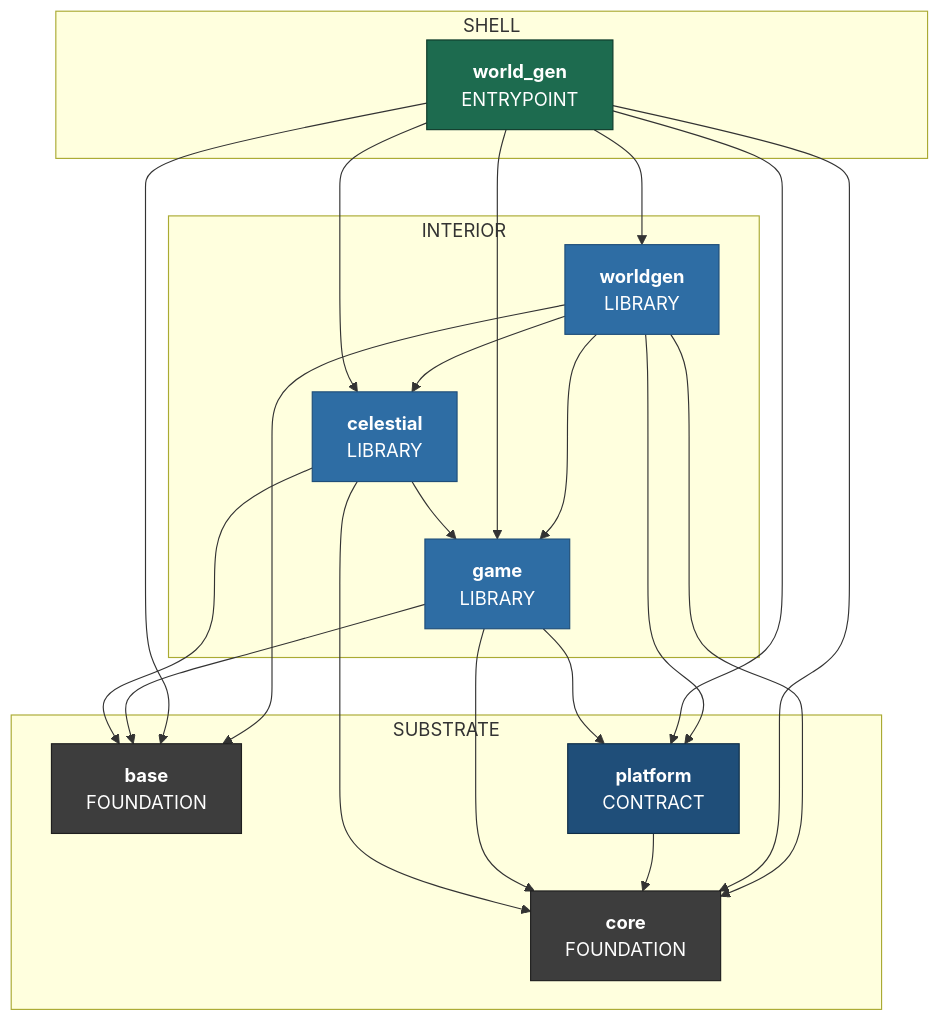
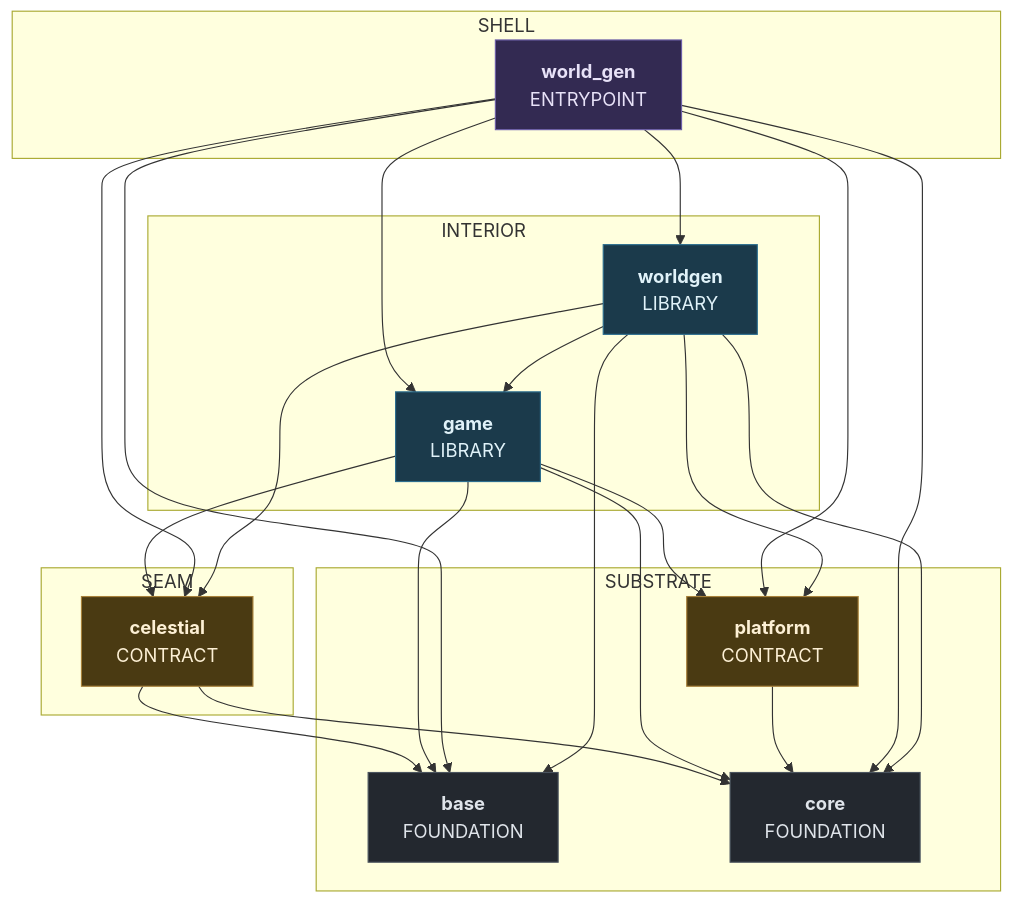
One commit to apnex/OpenStarbound changed the sixth of 9 diagrams in docs/superpowers/specs/2026-08-01-sovereign-headless-client-design.md. Above: the diagram before and after it, drawn with Mermaid. The commit also changed other lines of this file and 1 other file, not shown here.

````diff
--- a/docs/superpowers/specs/2026-08-01-sovereign-headless-client-design.md
+++ b/docs/superpowers/specs/2026-08-01-sovereign-headless-client-design.md
@@ -1516,44 +1574,46 @@
 ```mermaid
 %% composition: world_gen
 flowchart TD
   subgraph Z_SUBSTRATE ["SUBSTRATE"]
     base["<b>base</b><br/>FOUNDATION"]
     core["<b>core</b><br/>FOUNDATION"]
     platform["<b>platform</b><br/>CONTRACT"]
   end
+  subgraph Z_SEAM ["SEAM"]
+    celestial["<b>celestial</b><br/>CONTRACT"]
+  end
   subgraph Z_INTERIOR ["INTERIOR"]
-    celestial["<b>celestial</b><br/>LIBRARY"]
     game["<b>game</b><br/>LIBRARY"]
     worldgen["<b>worldgen</b><br/>LIBRARY"]
   end
   subgraph Z_SHELL ["SHELL"]
     world_gen["<b>world_gen</b><br/>ENTRYPOINT"]
   end
   celestial --> base
   celestial --> core
-  celestial --> game
   game --> base
+  game --> celestial
   game --> core
   game --> platform
   platform --> core
   world_gen --> base
   world_gen --> celestial
   world_gen --> core
   world_gen --> game
   world_gen --> platform
   world_gen --> worldgen
   worldgen --> base
   worldgen --> celestial
   worldgen --> core
   worldgen --> game
   worldgen --> platform
-  classDef kFoundation fill:#3d3d3d,stroke:#1f1f1f,color:#fff
-  classDef kContract fill:#1f4e79,stroke:#0f2d46,color:#fff
-  classDef kBackend fill:#7a3e9d,stroke:#4d2763,color:#fff
-  classDef kLibrary fill:#2e6da4,stroke:#1f4e79,color:#fff
-  classDef kEntrypoint fill:#1d6b4f,stroke:#0e3a2a,color:#fff
+  classDef kFoundation fill:#23282f,stroke:#4a545e,color:#dfe4ea
+  classDef kContract fill:#4a3a12,stroke:#a8813a,color:#fdf0d5
+  classDef kBackend fill:#5c2020,stroke:#aa3333,color:#ffe5e5
+  classDef kLibrary fill:#1b3a4b,stroke:#2c6e8f,color:#e0f2f9
+  classDef kEntrypoint fill:#332a52,stroke:#6d5fa8,color:#e8e2f8
   class base,core kFoundation
-  class platform kContract
-  class celestial,game,worldgen kLibrary
+  class celestial,platform kContract
+  class game,worldgen kLibrary
   class world_gen kEntrypoint
 ```
````
